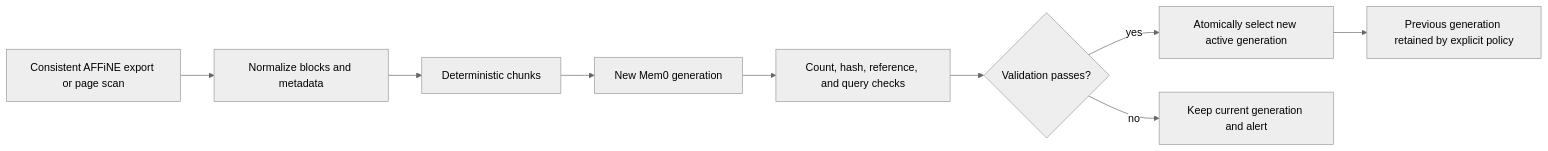
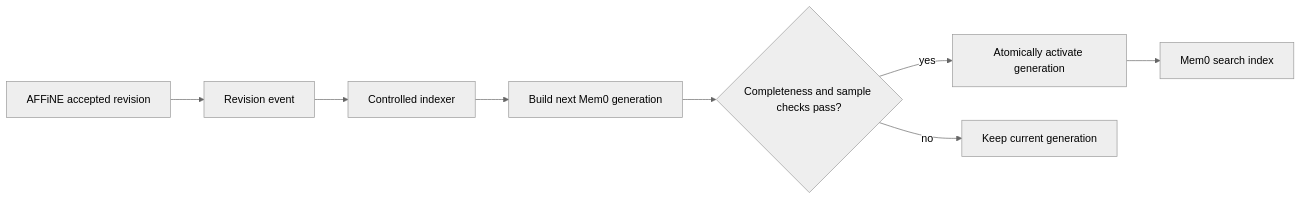
One commit to wan0net/asgard changed the fifth of 7 diagrams in docs/data-flows.md. Above: the diagram before and after it, drawn with Mermaid (neutral theme). The commit also changed other lines of this file and 4 other files, not shown here.

Commit message:
Simplify architecture flows and approvals

````diff
--- a/docs/data-flows.md
+++ b/docs/data-flows.md
@@ -393,21 +160,10 @@
 ```mermaid
 flowchart LR
-    Snapshot["Consistent AFFiNE export or page scan"]
-    Normalize["Normalize blocks and metadata"]
-    Chunk["Deterministic chunks"]
-    Stage["New Mem0 generation"]
-    Verify["Count, hash, reference, and query checks"]
-    Promote{"Validation passes?"}
-    Active["Atomically select new active generation"]
-    Old["Previous generation retained by explicit policy"]
-    Alert["Keep current generation and alert"]
-
-    Snapshot --> Normalize
-    Normalize --> Chunk
-    Chunk --> Stage
-    Stage --> Verify
-    Verify --> Promote
-    Promote -->|"yes"| Active
-    Active --> Old
-    Promote -->|"no"| Alert
+    AFFiNE["AFFiNE accepted revision"] --> Event["Revision event"]
+    Event --> Indexer["Controlled indexer"]
+    Indexer --> Build["Build next Mem0 generation"]
+    Build --> Check{"Completeness and sample checks pass?"}
+    Check -->|"yes"| Switch["Atomically activate generation"]
+    Check -->|"no"| Keep["Keep current generation"]
+    Switch --> Mem0["Mem0 search index"]
 ```
````
